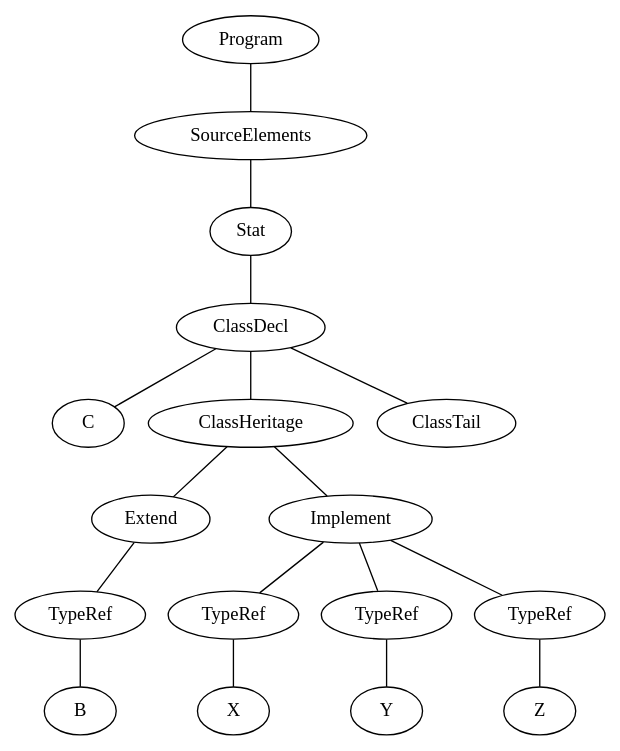
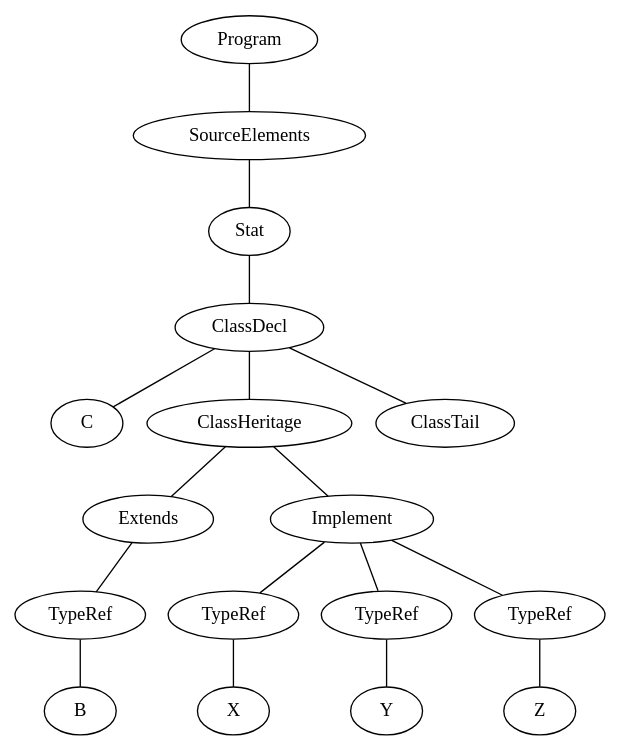
One commit to theSprog/KTS changed the diagram in resource/parser/class/class01.ts.dot. Above: the diagram before and after it, drawn with Graphviz. The commit also changed 25 other files, not shown here.

```diff
--- a/resource/parser/class/class01.ts.dot
+++ b/resource/parser/class/class01.ts.dot
@@ -1,35 +1,35 @@
 graph vis {
 	node66[label="Program"]
 	node66 -- node64
 	node64[label="SourceElements"]
 	node64 -- node63
 	node63[label="Stat"]
 	node63 -- node62
 	node62[label="ClassDecl"]
 	node62 -- node49
 	node49[label="C"]
 	node62 -- node60
 	node60[label="ClassHeritage"]
 	node60 -- node52
-	node52[label="Extend"]
+	node52[label="Extends"]
 	node52 -- node51
 	node51[label="TypeRef"]
 	node51 -- node50
 	node50[label="B"]
 	node60 -- node59
 	node59[label="Implement"]
 	node59 -- node54
 	node54[label="TypeRef"]
 	node54 -- node53
 	node53[label="X"]
 	node59 -- node56
 	node56[label="TypeRef"]
 	node56 -- node55
 	node55[label="Y"]
 	node59 -- node58
 	node58[label="TypeRef"]
 	node58 -- node57
 	node57[label="Z"]
 	node62 -- node61
 	node61[label="ClassTail"]
 }
```
